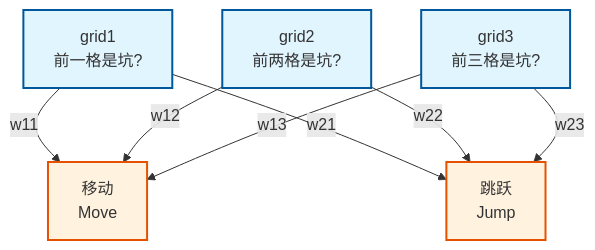
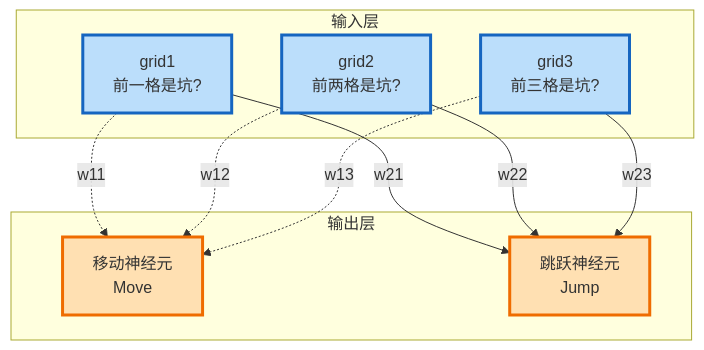
The second of 3 diagrams in docs/双输出网络结构.md (shikeik/ai-sandbox), drawn with Mermaid before and after one commit. The commit also changed other lines of this file, not shown here.

Commit message:
更新双输出网络结构文档，添加Mermaid交叉连线图

````diff
--- a/docs/双输出网络结构.md
+++ b/docs/双输出网络结构.md
@@ -5,28 +37,29 @@
 ```mermaid
-graph TD
-    %% 输入层
-    I1[grid1<br/>前一格是坑?]
-    I2[grid2<br/>前两格是坑?]
-    I3[grid3<br/>前三格是坑?]
+graph TB
+    subgraph 输入层
+        I1[grid1<br/>前一格是坑?]
+        I2[grid2<br/>前两格是坑?]
+        I3[grid3<br/>前三格是坑?]
+    end
     
-    %% 输出层
-    O1[移动<br/>Move]
-    O2[跳跃<br/>Jump]
+    subgraph 输出层
+        O1[移动神经元<br/>Move]
+        O2[跳跃神经元<br/>Jump]
+    end
     
-    %% 连线 - 输入到移动
-    I1 -->|w11| O1
-    I2 -->|w12| O1
-    I3 -->|w13| O1
+    %% 交叉连线 - 所有输入连到所有输出
+    I1 -.->|w11| O1
+    I1 -->|w21| O2
     
-    %% 连线 - 输入到跳跃
-    I1 -->|w21| O2
+    I2 -.->|w12| O1
     I2 -->|w22| O2
+    
+    I3 -.->|w13| O1
     I3 -->|w23| O2
     
-    %% 样式
-    classDef input fill:#e1f5ff,stroke:#01579b,stroke-width:2px
-    classDef output fill:#fff3e0,stroke:#e65100,stroke-width:2px
+    classDef input fill:#bbdefb,stroke:#1565c0,stroke-width:3px
+    classDef output fill:#ffe0b2,stroke:#ef6c00,stroke-width:3px
     
     class I1,I2,I3 input
     class O1,O2 output
 ```
````
